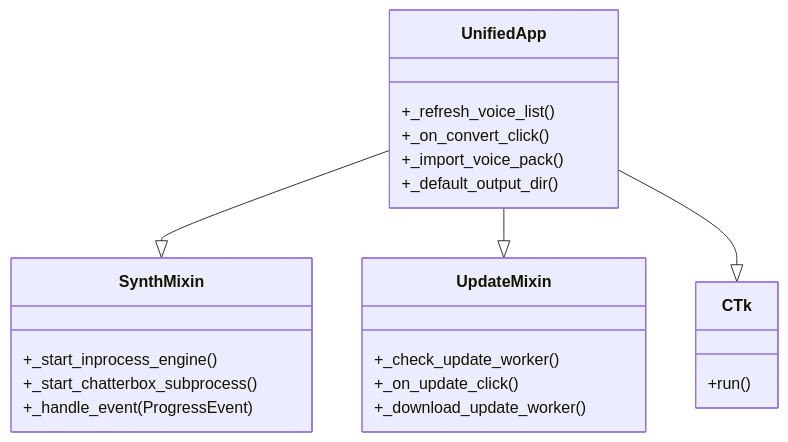
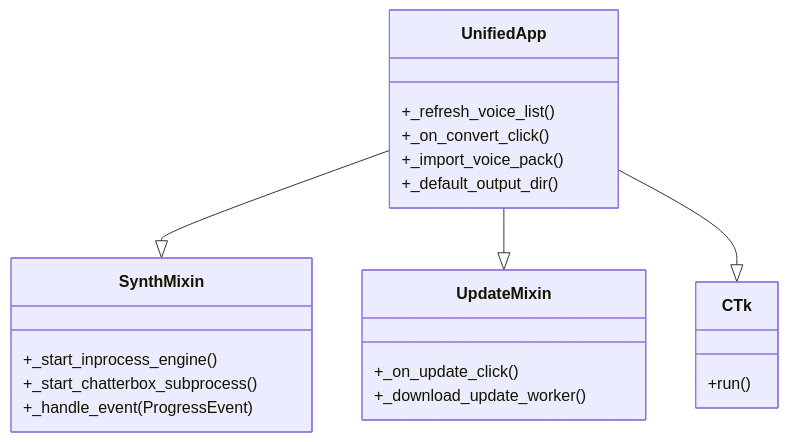
One commit to MikkoNumminen/AudiobookMaker changed the second of 7 diagrams in docs/ARCHITECTURE.md. Above: the diagram before and after it, drawn with Mermaid. The commit also changed 8 other files, not shown here.

````diff
--- a/docs/ARCHITECTURE.md
+++ b/docs/ARCHITECTURE.md
@@ -37,23 +37,22 @@
 ```mermaid
 classDiagram
     class CTk { +run() }
     class SynthMixin {
       +_start_inprocess_engine()
       +_start_chatterbox_subprocess()
       +_handle_event(ProgressEvent)
     }
     class UpdateMixin {
-      +_check_update_worker()
       +_on_update_click()
       +_download_update_worker()
     }
     class UnifiedApp {
       +_refresh_voice_list()
       +_on_convert_click()
       +_import_voice_pack()
       +_default_output_dir()
     }
     UnifiedApp --|> SynthMixin
     UnifiedApp --|> UpdateMixin
     UnifiedApp --|> CTk
 ```
````
